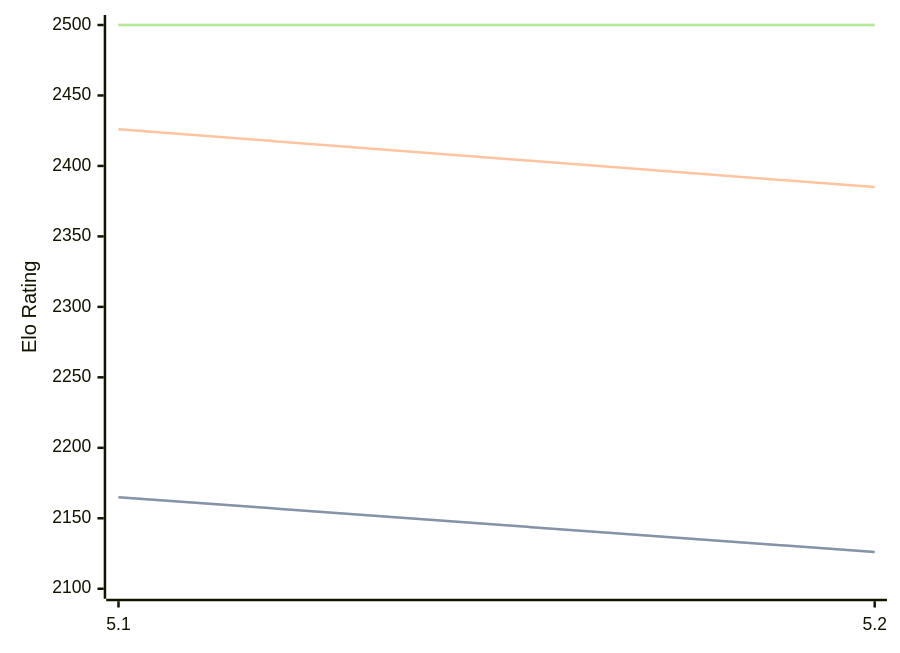
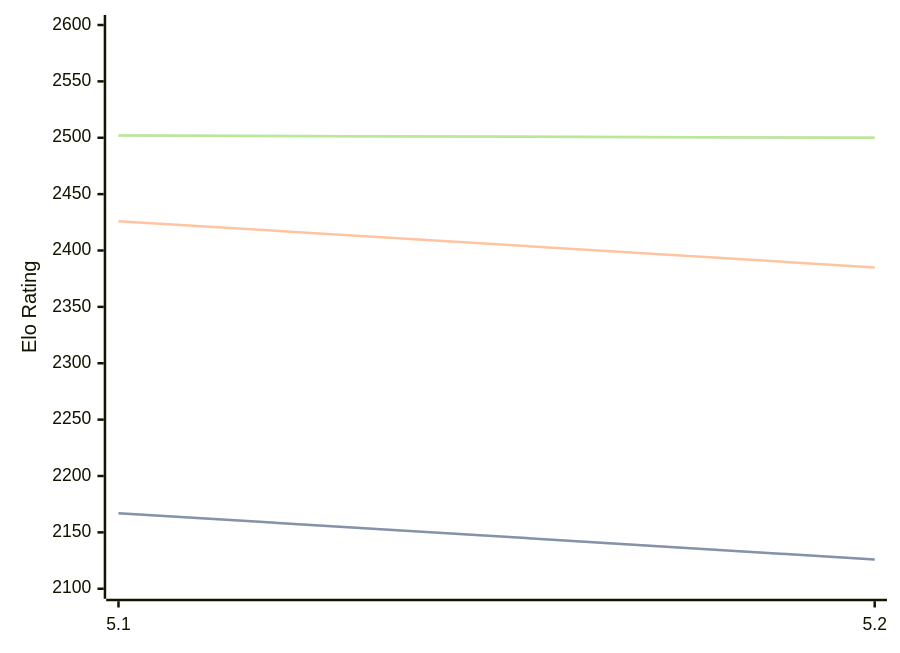
Before and after one commit to computer-chess-index/cci: the diagram in engines/Prophet.md, drawn with Mermaid. The commit also changed other lines of this file, not shown here.

Commit message:
Update CCI Ratings (ELO VLTC) - 2026-09-14

````diff
--- a/engines/Prophet.md
+++ b/engines/Prophet.md
@@ -32,11 +32,11 @@
 ```mermaid
 %%{init: {"theme":"base","themeVariables":{"seriesColors:['#a3a3a3','#222221','#faa371']}}}%%
 xychart-beta
   x-axis ["5.1", "5.2"]
-  y-axis "Elo Rating" 2100 --> 2500
-  line "" [2165, 2126]
-  line "STC (8.0+0.08s)" [2165, 2126]
+  y-axis "Elo Rating" 2100 --> 2600
+  line "" [2167, 2126]
+  line "STC (8.0+0.08s)" [2167, 2126]
   line "LTC (60.0+0.60s)" [2426, 2385]
-  line "" [2500, 2500]
-  line "VLTC (2m24s+1.12s)" [2500, 2500]
+  line "" [2502, 2500]
+  line "VLTC (2m24s+1.12s)" [2502, 2500]
 ```
````
